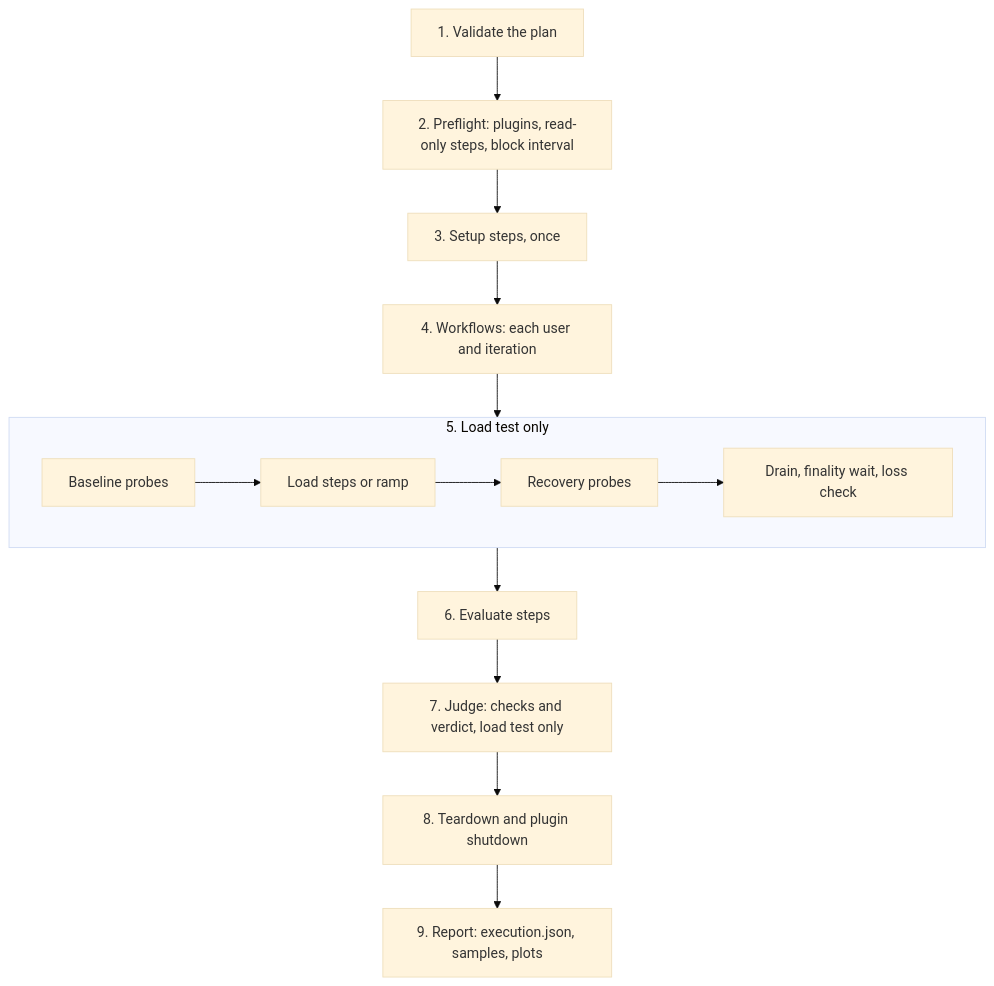
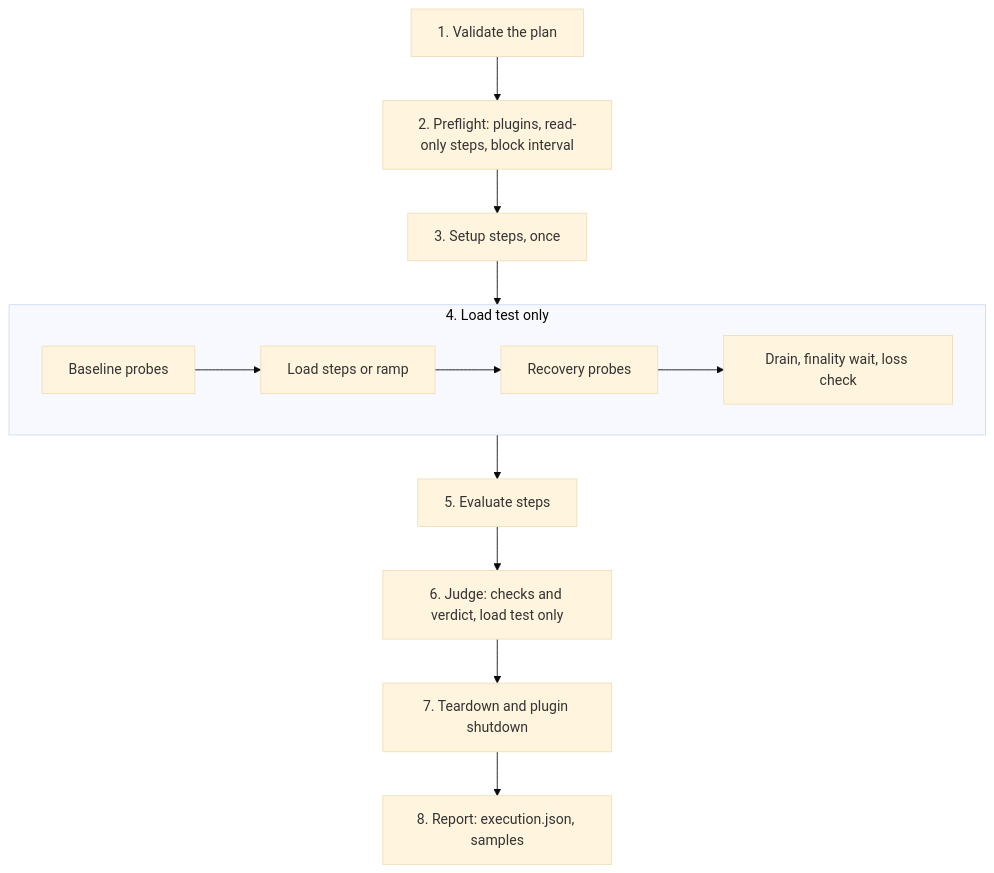
The diagram in docs/how-it-works.md (agustinustheo/polkameter), drawn with Mermaid (base theme) before and after one commit. The commit also changed other lines of this file and 97 other files, not shown here.

````diff
--- a/docs/how-it-works.md
+++ b/docs/how-it-works.md
@@ -9,15 +9,14 @@
 ```mermaid
 flowchart TD
   validate["1. Validate the plan"] --> preflight["2. Preflight: plugins, read-only steps, block interval"]
   preflight --> setup["3. Setup steps, once"]
-  setup --> workflows["4. Workflows: each user and iteration"]
-  workflows --> load
-  subgraph load["5. Load test only"]
+  setup --> load
+  subgraph load["4. Load test only"]
     direction LR
     baseline["Baseline probes"] --> ramp["Load steps or ramp"] --> recovery["Recovery probes"] --> loss["Drain, finality wait, loss check"]
   end
-  load --> evaluate["6. Evaluate steps"]
-  evaluate --> judge["7. Judge: checks and verdict, load test only"]
-  judge --> teardown["8. Teardown and plugin shutdown"]
-  teardown --> report["9. Report: execution.json, samples, plots"]
+  load --> evaluate["5. Evaluate steps"]
+  evaluate --> judge["6. Judge: checks and verdict, load test only"]
+  judge --> teardown["7. Teardown and plugin shutdown"]
+  teardown --> report["8. Report: execution.json, samples"]
 ```
````
